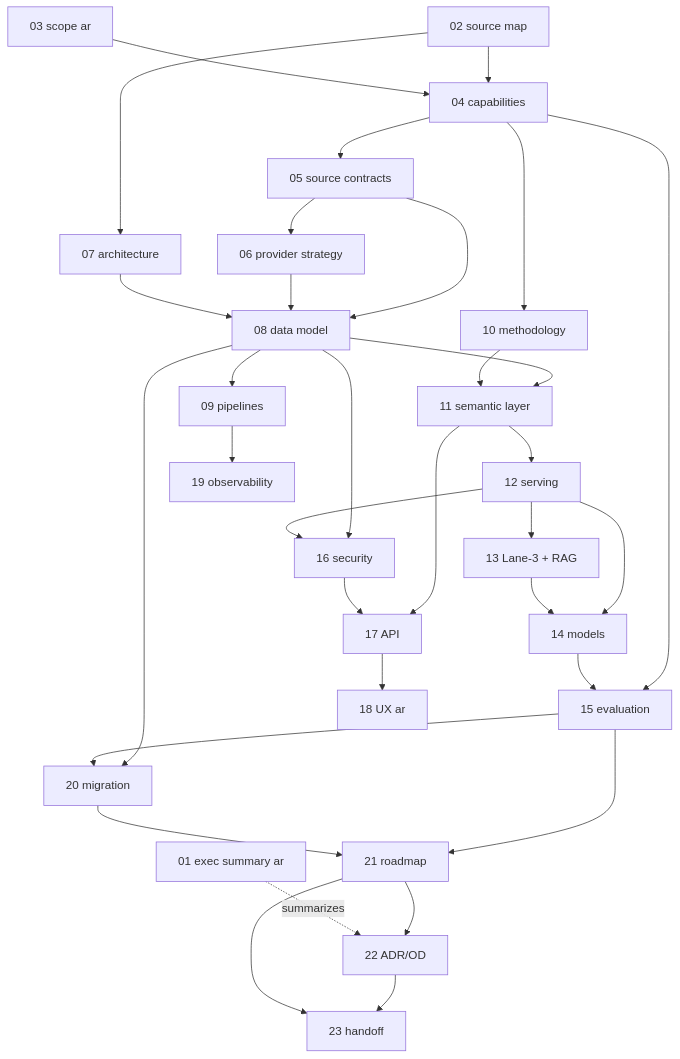
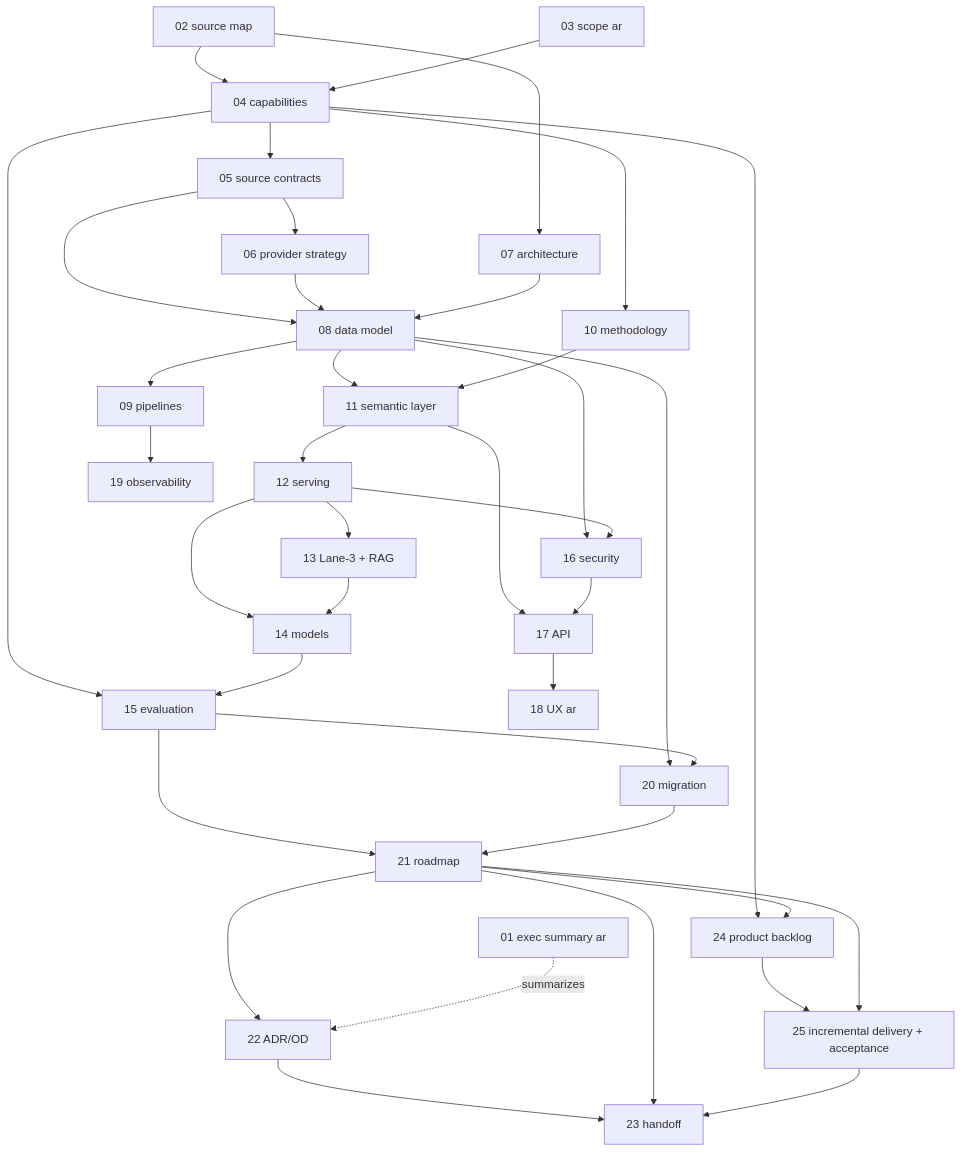
Before and after one commit to bader1366/ConsultationRevamp: the diagram in planning/new-advisory-intelligence-platform/00-INDEX.md, drawn with Mermaid. The commit also changed other lines of this file and 22 other files, not shown here.

````diff
--- a/planning/new-advisory-intelligence-platform/00-INDEX.md
+++ b/planning/new-advisory-intelligence-platform/00-INDEX.md
@@ -31,35 +33,40 @@
 ```mermaid
 graph TD
   D02[02 source map] --> D04[04 capabilities]
   D02 --> D07[07 architecture]
   D04 --> D05[05 source contracts]
   D05 --> D06[06 provider strategy]
   D05 --> D08[08 data model]
   D06 --> D08
   D07 --> D08
   D08 --> D09[09 pipelines]
   D04 --> D10[10 methodology]
   D08 --> D11[11 semantic layer]
   D10 --> D11
   D11 --> D12[12 serving]
   D12 --> D13[13 Lane-3 + RAG]
   D12 --> D14[14 models]
   D13 --> D14
   D04 --> D15[15 evaluation]
   D14 --> D15
   D08 --> D16[16 security]
   D12 --> D16
   D11 --> D17[17 API]
   D16 --> D17
   D17 --> D18[18 UX ar]
   D09 --> D19[19 observability]
   D08 --> D20[20 migration]
   D15 --> D20
   D15 --> D21[21 roadmap]
   D20 --> D21
   D21 --> D22[22 ADR/OD]
   D22 --> D23[23 handoff]
   D21 --> D23
+  D04 --> D24[24 product backlog]
+  D21 --> D24
+  D24 --> D25[25 incremental delivery + acceptance]
+  D21 --> D25
+  D25 --> D23
   D01[01 exec summary ar] -.summarizes.-> D22
   D03[03 scope ar] --> D04
 ```
````
